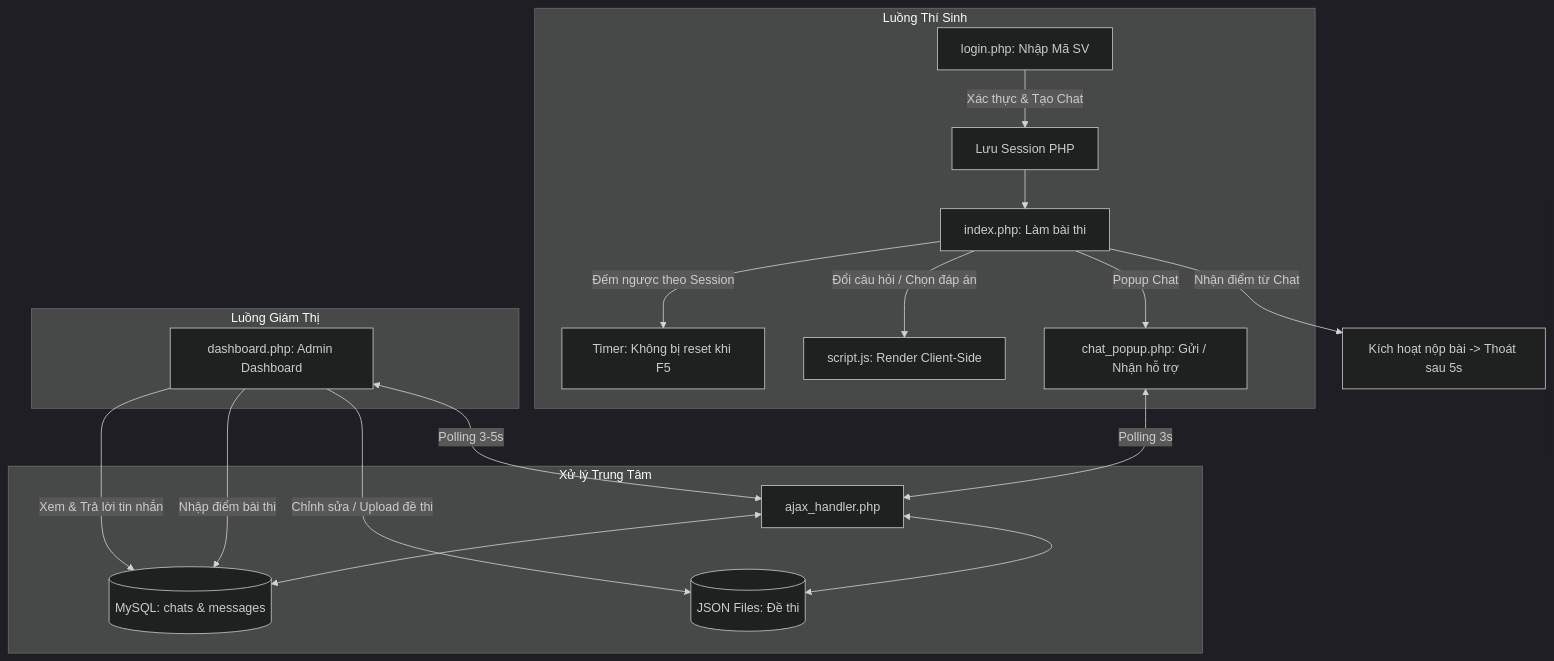
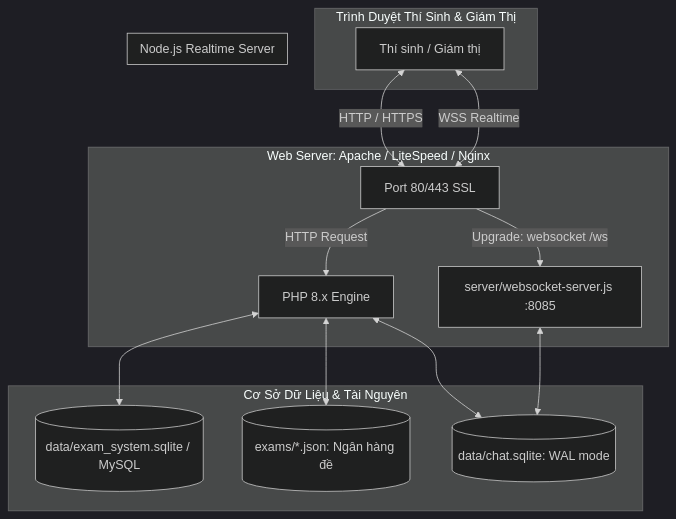
The diagram in README.md (tinedao/web-thi-hvu), drawn with Mermaid (dark theme) before and after one commit. The commit also changed other lines of this file and 28 other files, not shown here.

````diff
--- a/README.md
+++ b/README.md
@@ -53,29 +28,30 @@
 ```mermaid
 flowchart TD
-    subgraph SinhVien [Luồng Thí Sinh]
-        L[login.php: Nhập Mã SV] -->|Xác thực & Tạo Chat| S[Lưu Session PHP]
-        S --> E[index.php: Làm bài thi]
-        E -->|Đếm ngược theo Session| T[Timer: Không bị reset khi F5]
-        E -->|Đổi câu hỏi / Chọn đáp án| JS[script.js: Render Client-Side]
-        E -->|Popup Chat| C[chat_popup.php: Gửi / Nhận hỗ trợ]
+    subgraph Client [Trình Duyệt Thí Sinh & Giám Thị]
+        Browser[Thí sinh / Giám thị]
     end
 
-    subgraph Server [Xử lý Trung Tâm]
-        A[ajax_handler.php]
-        DB[(MySQL: chats & messages)]
-        FS[(JSON Files: Đề thi)]
+    subgraph WebServer [Web Server: Apache / LiteSpeed / Nginx]
+        Proxy[Port 80/443 SSL]
+        PHP[PHP 8.x Engine]
+        Proxy -->|HTTP Request| PHP
+        Proxy -->|Upgrade: websocket /ws| WS
     end
 
-    subgraph GiamThi [Luồng Giám Thị]
-        D[dashboard.php: Admin Dashboard]
-        D -->|Xem & Trả lời tin nhắn| DB
-        D -->|Nhập điểm bài thi| DB
-        D -->|Chỉnh sửa / Upload đề thi| FS
+    subgraph NodeServer [Node.js Realtime Server]
+        WS[server/websocket-server.js :8085]
     end
 
-    C <-->|Polling 3s| A
-    D <-->|Polling 3-5s| A
-    A <--> DB
-    A <--> FS
-    E -->|Nhận điểm từ Chat| FIN[Kích hoạt nộp bài -> Thoát sau 5s]
+    subgraph Storage [Cơ Sở Dữ Liệu & Tài Nguyên]
+        DBChat[(data/chat.sqlite: WAL mode)]
+        DBExam[(data/exam_system.sqlite / MySQL)]
+        JSONFiles[(exams/*.json: Ngân hàng đề)]
+    end
+
+    Browser <-->|HTTP / HTTPS| Proxy
+    Browser <-->|WSS Realtime| Proxy
+    PHP <--> DBExam
+    PHP <--> JSONFiles
+    PHP <--> DBChat
+    WS <--> DBChat
 ```
````
